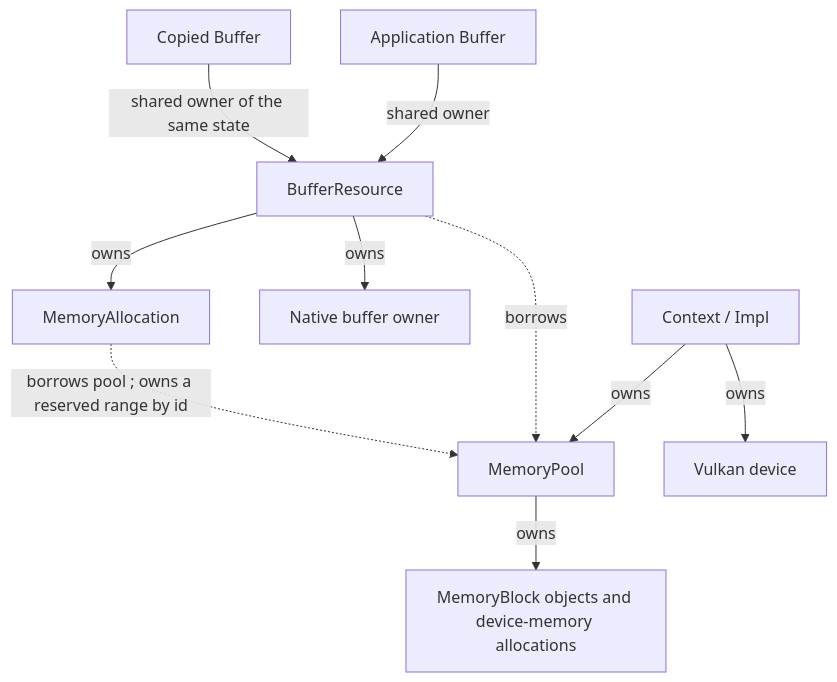
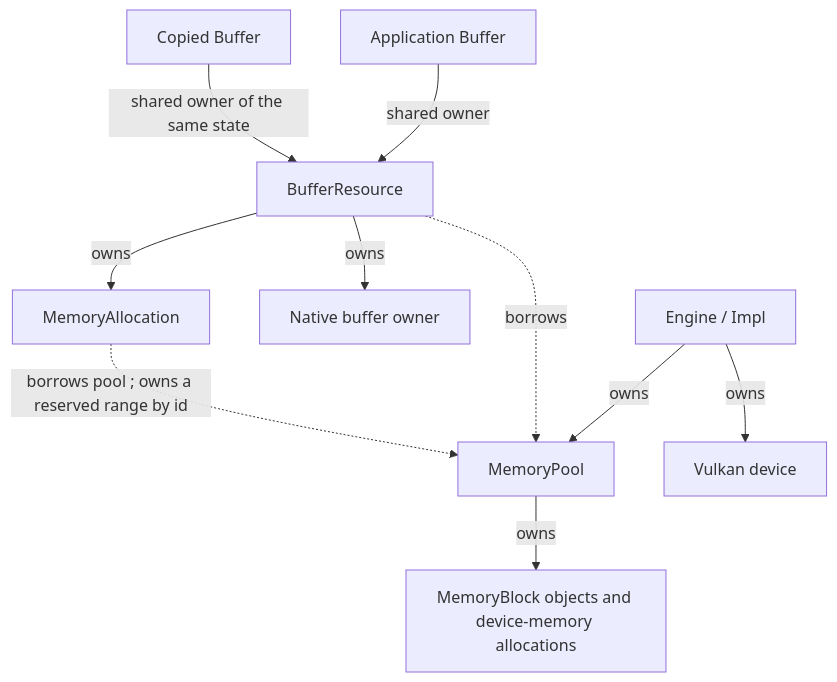
Before and after one commit to a-soltysik/Panda: the second of 3 diagrams in docs/use-cases/create-buffer.md, drawn with Mermaid. The commit also changed other lines of this file and 158 other files, not shown here.

Commit message:
Refactor Vulkan Context API to Engine (#120)

````diff
--- a/docs/use-cases/create-buffer.md
+++ b/docs/use-cases/create-buffer.md
@@ -115,12 +115,12 @@
 ```mermaid
 flowchart TD
-    C["Context / Impl"] -->|owns| P["MemoryPool"]
+    C["Engine / Impl"] -->|owns| P["MemoryPool"]
     C -->|owns| D["Vulkan device"]
     A["Application Buffer"] -->|shared owner| R["BufferResource"]
     B["Copied Buffer"] -->|shared owner of the same state| R
     R -->|owns| V["Native buffer owner"]
     R -->|owns| M["MemoryAllocation"]
     R -.->|borrows| P
     M -.->|borrows pool ; owns a reserved range by id|P
 P -->|owns|K["MemoryBlock objects and device-memory allocations"]
 ```
````
